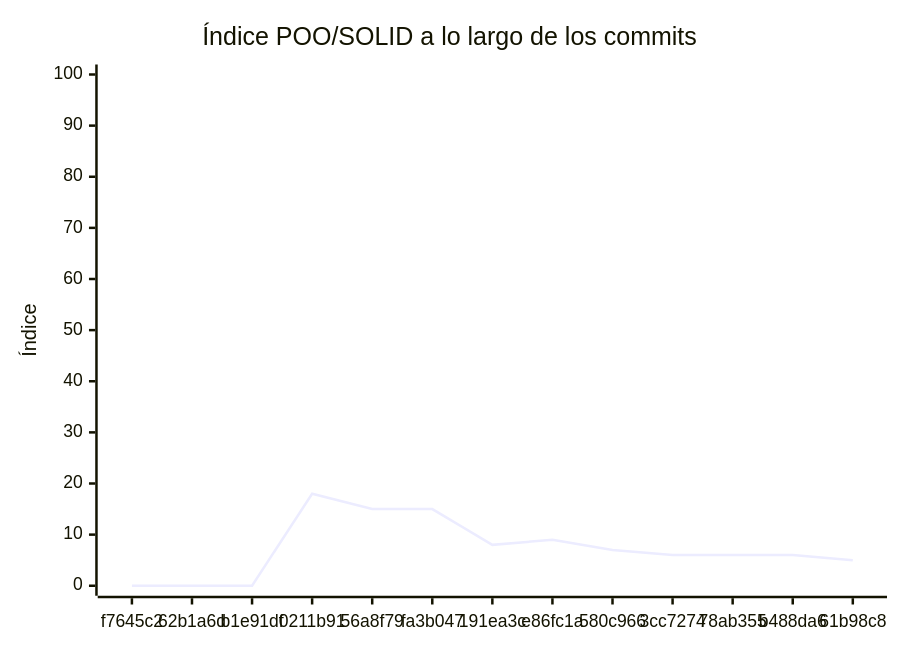
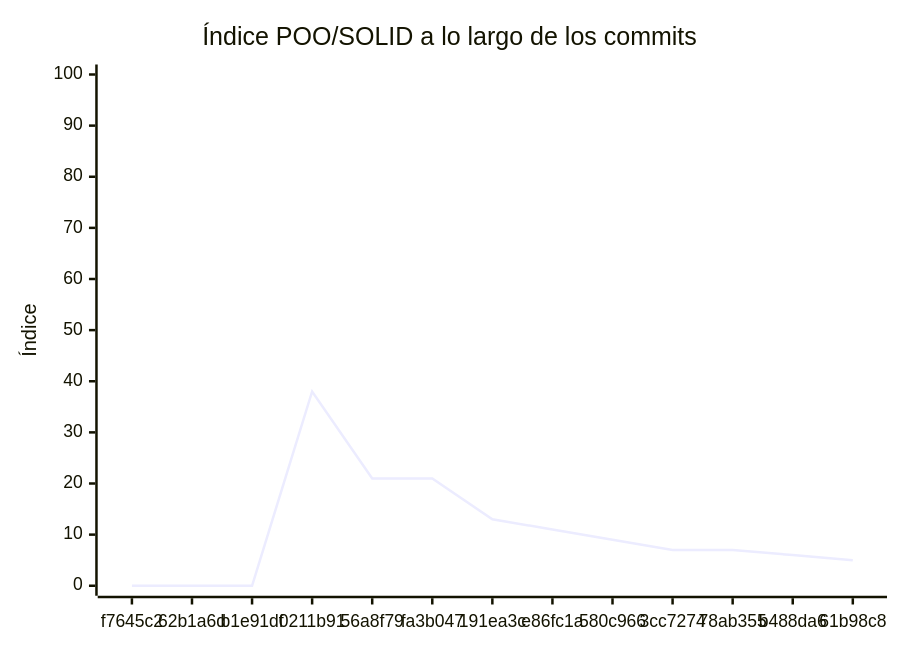
One commit to Mackinnon-Masi/Fisica_Cool changed the diagram in docs/EVALUACION.md. Above: the diagram before and after it, drawn with Mermaid. The commit also changed other lines of this file and 1 other file, not shown here.

````diff
--- a/docs/EVALUACION.md
+++ b/docs/EVALUACION.md
@@ -265,7 +265,7 @@
 ```mermaid
 xychart-beta
     title "Índice POO/SOLID a lo largo de los commits"
     x-axis ["f7645c2", "62b1a6d", "b1e91df", "0211b91", "56a8f79", "fa3b047", "191ea3c", "e86fc1a", "580c966", "3cc7274", "78ab355", "b488da6", "61b98c8"]
     y-axis "Índice" 0 --> 100
-    line [0, 0, 0, 18, 15, 15, 8, 9, 7, 6, 6, 6, 5]
+    line [0, 0, 0, 38, 21, 21, 13, 11, 9, 7, 7, 6, 5]
 ```
````
